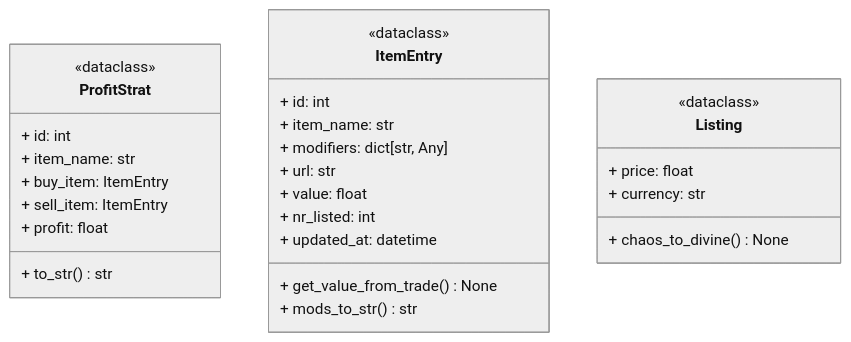
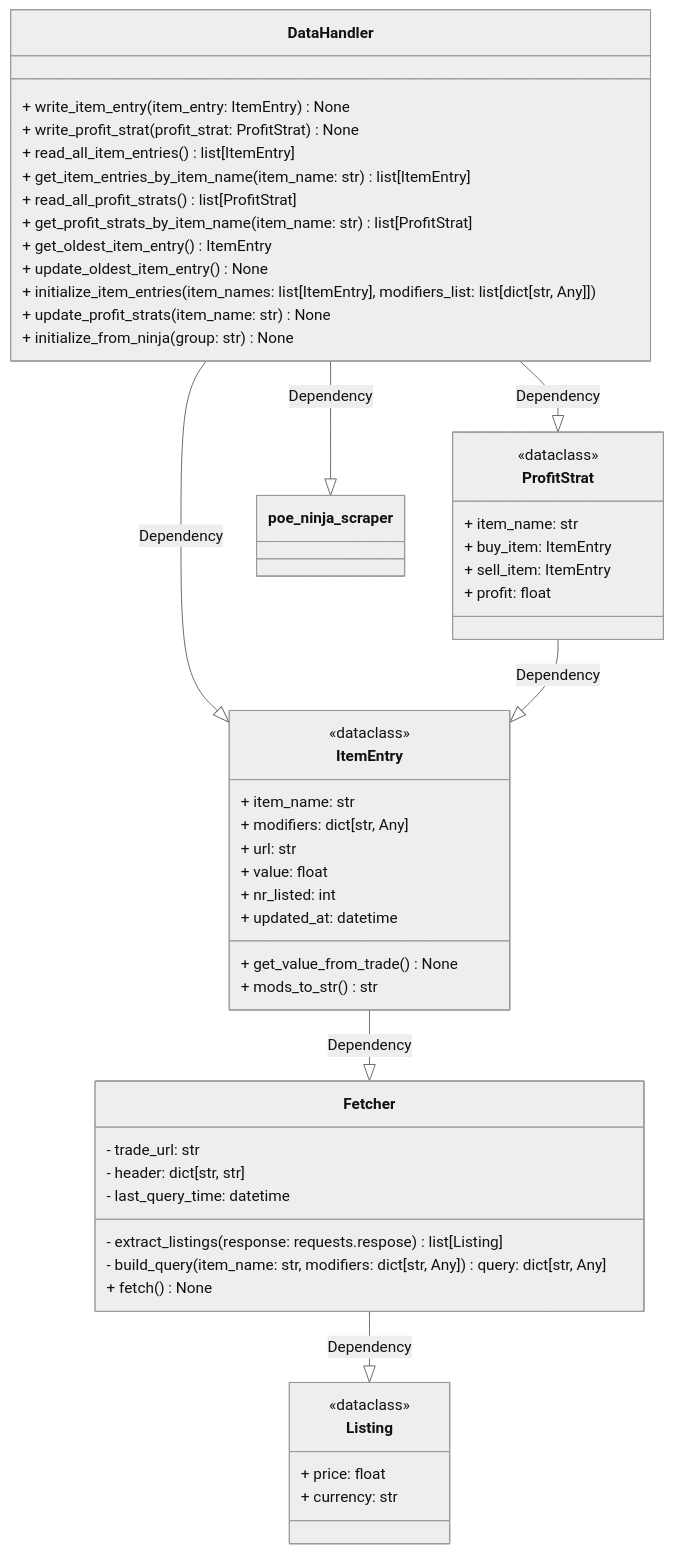
Diagram 11 of 13 in documentation/software-design-document.md (DixieSquad/weary-traveler), drawn with Mermaid (neutral theme) before and after one commit. The commit also changed other lines of this file, not shown here.

````diff
--- a/documentation/software-design-document.md
+++ b/documentation/software-design-document.md
@@ -463,32 +406,60 @@
 ```mermaid
 classDiagram
-class ProfitStrat{
-    <<dataclass>>
-    + id: int
-    + item_name: str
-    + buy_item: ItemEntry
-    + sell_item: ItemEntry
-    + profit: float
-    + to_str() str
+
+class DataHandler{
+    + write_item_entry(item_entry: ItemEntry) None
+    + write_profit_strat(profit_strat: ProfitStrat) None
+    + read_all_item_entries() list[ItemEntry]
+    + get_item_entries_by_item_name(item_name: str) list[ItemEntry]
+    + read_all_profit_strats() list[ProfitStrat]
+    + get_profit_strats_by_item_name(item_name: str) list[ProfitStrat]
+    + get_oldest_item_entry() ItemEntry
+    + update_oldest_item_entry() None
+    + initialize_item_entries(item_names: list[ItemEntry], modifiers_list: list[dict[str, Any]])
+    + update_profit_strats(item_name: str) None
+    + initialize_from_ninja(group: str) None
 }
 
 class ItemEntry{
     <<dataclass>>
-    + id: int
     + item_name: str
     + modifiers: dict[str, Any]
     + url: str
     + value: float
     + nr_listed: int
     + updated_at: datetime
     + get_value_from_trade() None
     + mods_to_str() str
 }
 
+class ProfitStrat{
+    <<dataclass>>
+    + item_name: str
+    + buy_item: ItemEntry
+    + sell_item: ItemEntry
+    + profit: float
+}
+
+class Fetcher{
+    - trade_url: str
+    - header: dict[str, str]
+    - last_query_time: datetime
+    - extract_listings(response: requests.respose) list[Listing]
+    - build_query(item_name: str, modifiers: dict[str, Any]) query: dict[str, Any]
+    + fetch() None
+}
+
 class Listing{
     <<dataclass>>
     + price: float
     + currency: str
-    + chaos_to_divine() None
 }
+
+DataHandler --|> poe_ninja_scraper: Dependency
+DataHandler --|> ItemEntry: Dependency
+DataHandler --|> ProfitStrat: Dependency
+ProfitStrat --|> ItemEntry: Dependency
+ItemEntry --|> Fetcher: Dependency
+Fetcher --|> Listing: Dependency
+
 ```
````
